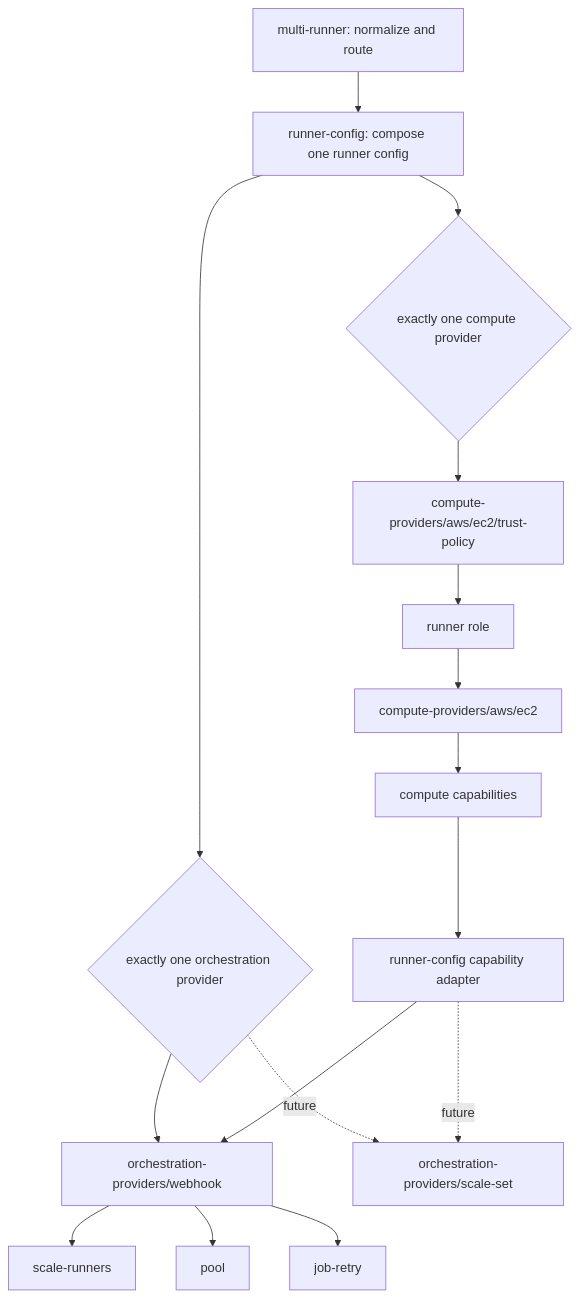
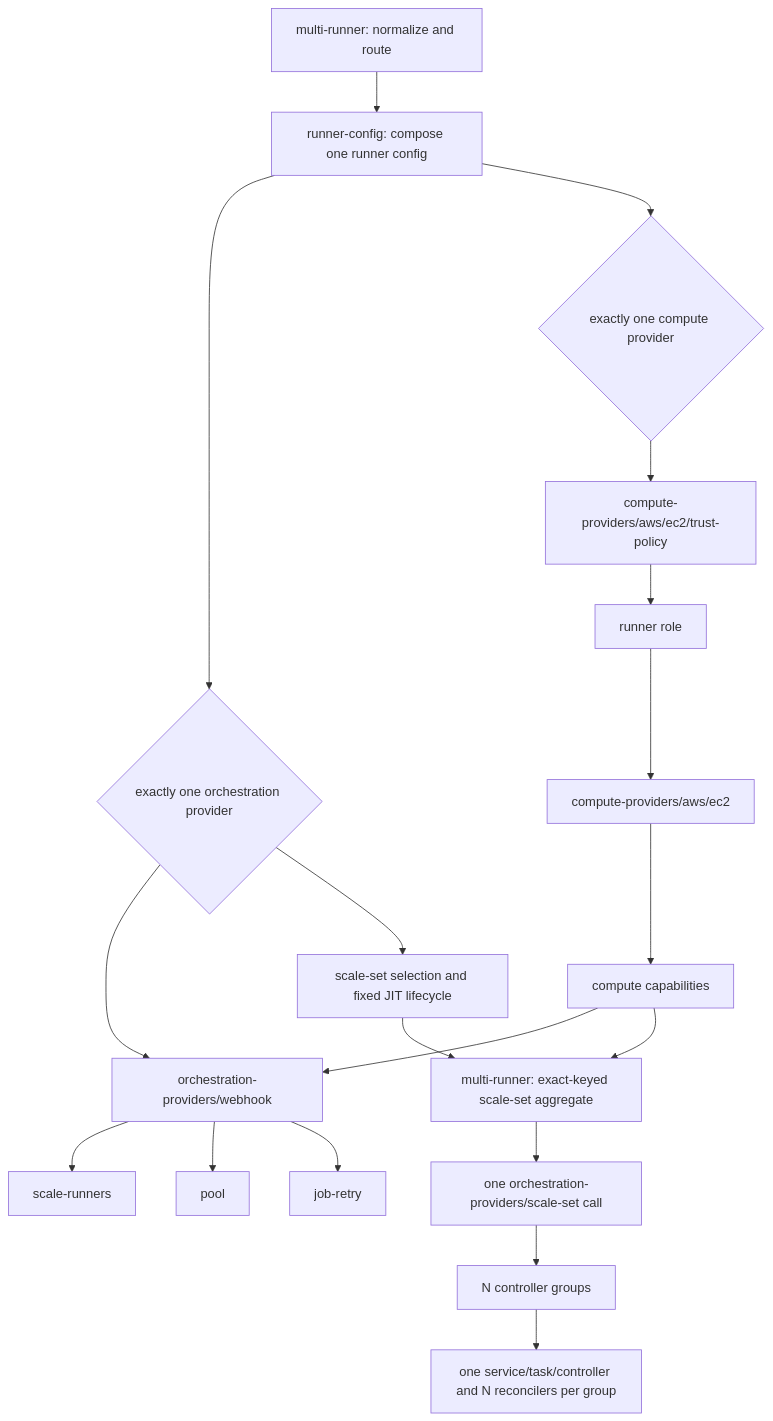
One commit to github-aws-runners/terraform-aws-github-runner changed the diagram in docs/adr/002-runner-orchestration-provider-boundary.md. Above: the diagram before and after it, drawn with Mermaid. The commit also changed other lines of this file and 119 other files, not shown here.

Commit message:
feat(scale-set): add grouped ECS orchestration

````diff
--- a/docs/adr/002-runner-orchestration-provider-boundary.md
+++ b/docs/adr/002-runner-orchestration-provider-boundary.md
@@ -136,18 +143,21 @@
 ```mermaid
 flowchart TD
   Multi["multi-runner: normalize and route"] --> Config["runner-config: compose one runner config"]
   Config --> Selector{"exactly one orchestration provider"}
   Selector --> Webhook["orchestration-providers/webhook"]
-  Selector -. future .-> ScaleSet["orchestration-providers/scale-set"]
+  Selector --> Marker["scale-set selection and fixed JIT lifecycle"]
   Config --> ComputeSelector{"exactly one compute provider"}
   ComputeSelector --> Trust["compute-providers/aws/ec2/trust-policy"]
   Trust --> Role["runner role"]
   Role --> EC2["compute-providers/aws/ec2"]
   EC2 --> Capabilities["compute capabilities"]
-  Capabilities --> Adapter["runner-config capability adapter"]
-  Adapter --> Webhook
-  Adapter -. future .-> ScaleSet
+  Capabilities --> Webhook
+  Capabilities --> Aggregate["multi-runner: exact-keyed scale-set aggregate"]
+  Marker --> Aggregate
+  Aggregate --> ScaleSet["one orchestration-providers/scale-set call"]
+  ScaleSet --> Groups["N controller groups"]
+  Groups --> Reconcilers["one service/task/controller and N reconcilers per group"]
   Webhook --> Scale["scale-runners"]
   Webhook --> Pool["pool"]
   Webhook --> Retry["job-retry"]
 ```
````
